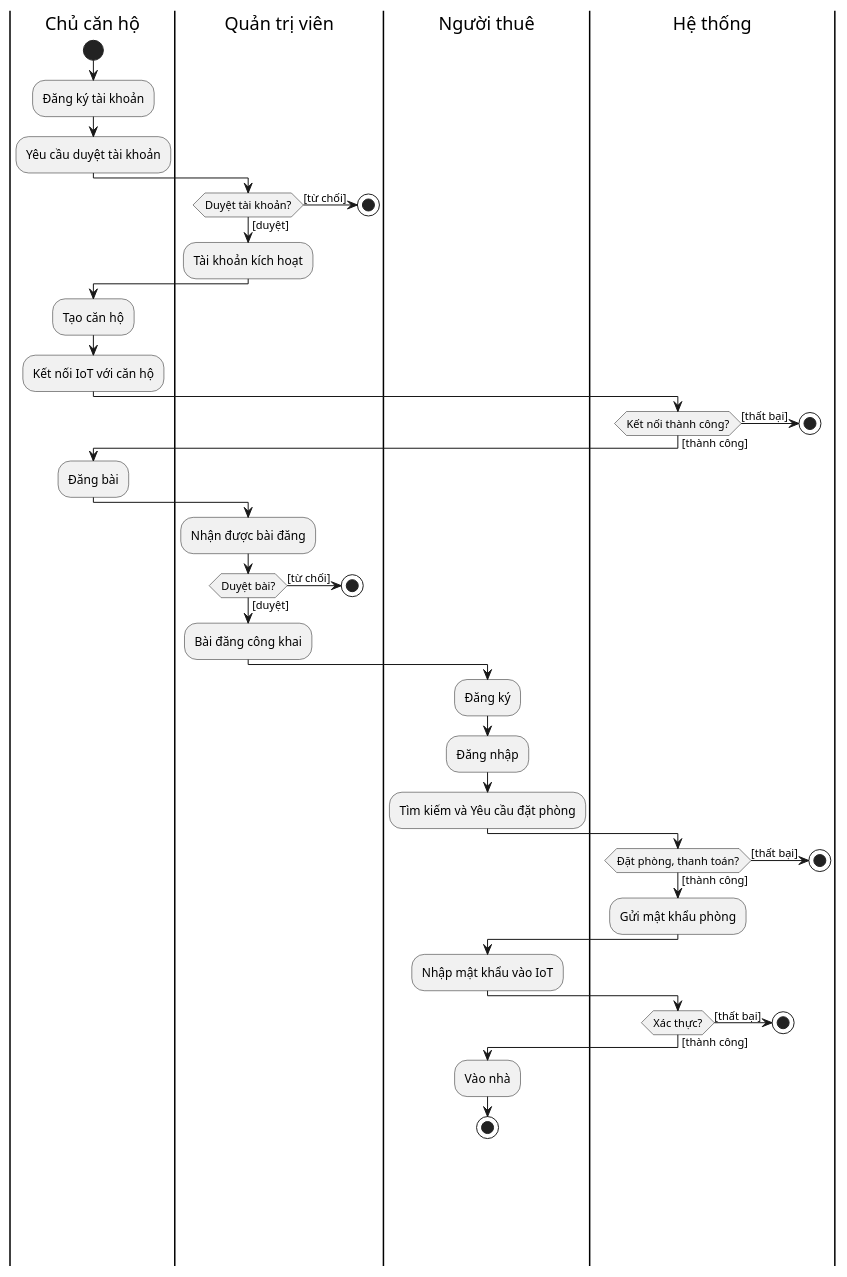
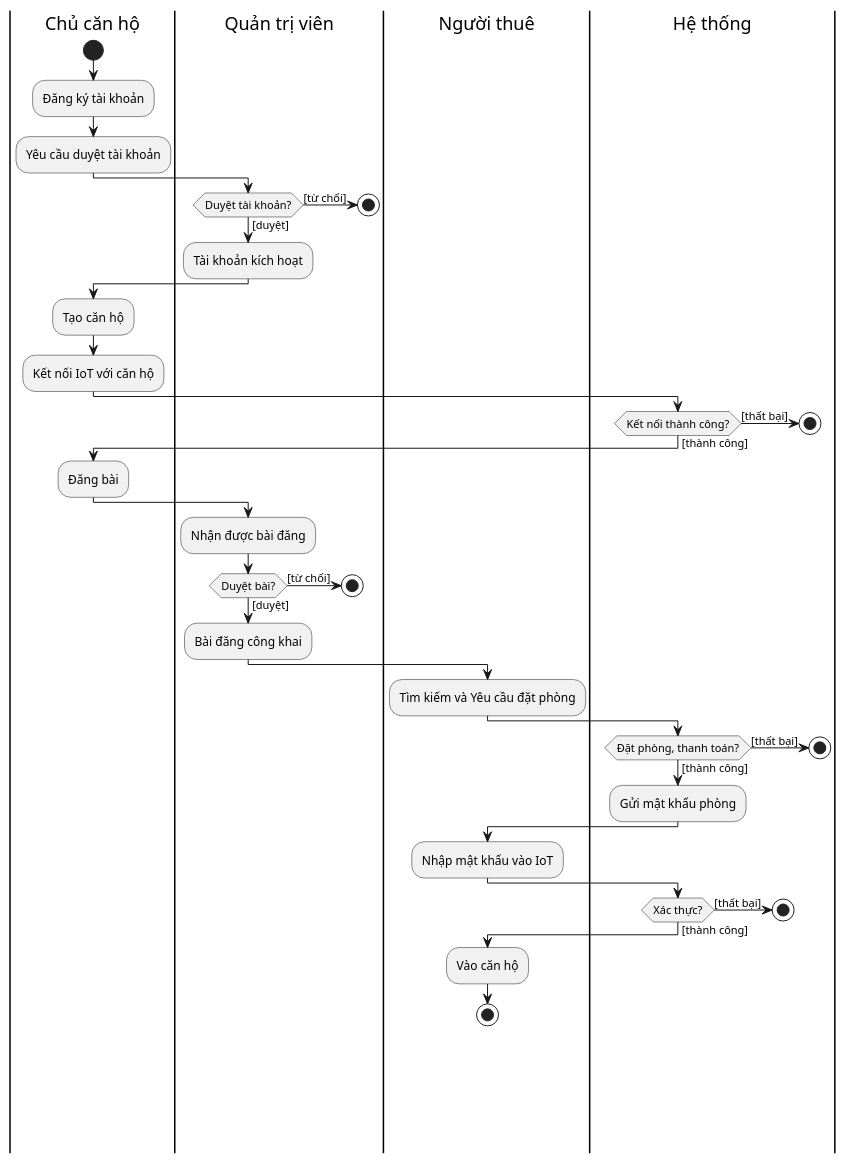
The diagram in diagrams/activity.puml (nho-moi-so/quan-ly-tim-kiem-phong-tro), drawn with PlantUML before and after one commit. The commit also changed 19 other files, not shown here.

Commit message:
feat: initialize architecture diagrams and implement owner profile and feature structures

```diff
--- a/diagrams/activity.puml
+++ b/diagrams/activity.puml
@@ -1,88 +1,88 @@
 @startuml activity-diagram
 ' ' --- Tiêu đề và Cài đặt Giao diện ---
 ' title Quy trình hệ thống quản lý và tìm kiếm căn hộ
 
 ' --- Định nghĩa các Swimlane (Tác nhân) ---
 |Chủ căn hộ|
 |Quản trị viên|
 |Người thuê|
 |Hệ thống|
 
 ' --- Luồng 1: Chủ căn hộ (Owner) ---
 |Chủ căn hộ|
 start
 :Đăng ký tài khoản;
 ' ---Luồng quản trị viên duyệt tài khoản Chủ căn hộ---
 :Yêu cầu duyệt tài khoản;
 |Quản trị viên|
 if (Duyệt tài khoản?) then ([từ chối])
     ' :Thông báo từ chối \ncho Chủ căn hộ;
     ' |Chủ căn hộ|
     ' :Nhận thông \nbáo lỗi;
     stop
 else ([duyệt])
     :Tài khoản kích hoạt;
 |Chủ căn hộ|
 :Tạo căn hộ;
 
 ' --- Luồng kết nối IoT ---
 :Kết nối IoT với căn hộ;
 |Hệ thống|
 if(Kết nối thành công?) then ([thất bại])
     ' :Thông báo lỗi \ncho Chủ căn hộ;
     ' |Chủ căn hộ|
     ' :Nhận thông \nbáo lỗi;
     stop
 else ([thành công])
     ' :Xác nhận kết nối \nthành công;
 
 ' Luồng đăng bài
 |Chủ căn hộ|
 :Đăng bài;
 
 ' --- Luồng 2: Quản trị viên (Admin) ---
 |Quản trị viên|
 :Nhận được bài đăng;
 if (Duyệt bài?) then ([từ chối])
     ' :Thông báo từ chối \ncho Chủ căn hộ;
     stop
 else ([duyệt])
     :Bài đăng công khai;
 
 ' --- Luồng 3: Người thuê (Tenant) ---
 |Người thuê|
-    :Đăng ký;
-    :Đăng nhập;
+    ' :Đăng ký;
+    ' :Đăng nhập;
     :Tìm kiếm và Yêu cầu đặt phòng;
 
 ' --- Luồng 4: Hệ thống (Xử lý thanh toán) ---
 |Hệ thống|
     if (Đặt phòng, thanh toán?) then ([thất bại])
         ' :Thông báo \nthanh toán thất bại;
         ' |Người thuê|
         ' :Nhận thông \nbáo lỗi;
         stop
     else ([thành công])
         :Gửi mật khẩu phòng;
 
 ' --- Luồng 5: Người thuê (Check-in) ---
 |Người thuê|
         :Nhập mật khẩu vào IoT;
 
 ' --- Luồng 6: Hệ thống (Xác thực IoT) ---
 |Hệ thống|
         if(Xác thực?) then ([thất bại])
             ' :Thông báo lỗi \ncho Người thuê;
             ' |Người thuê|
             ' :Nhận thông \nbáo lỗi;
             stop
         else ([thành công])
         
 ' --- Luồng 7: Người thuê (Vào nhà) ---
 |Người thuê|
-        :Vào nhà;
+        :Vào căn hộ;
         stop
     endif
 endif
 
 @enduml
```
